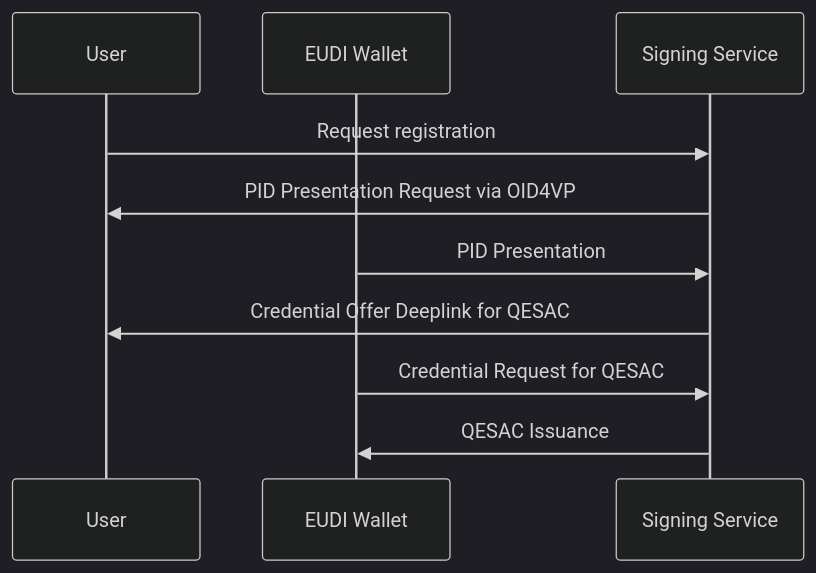
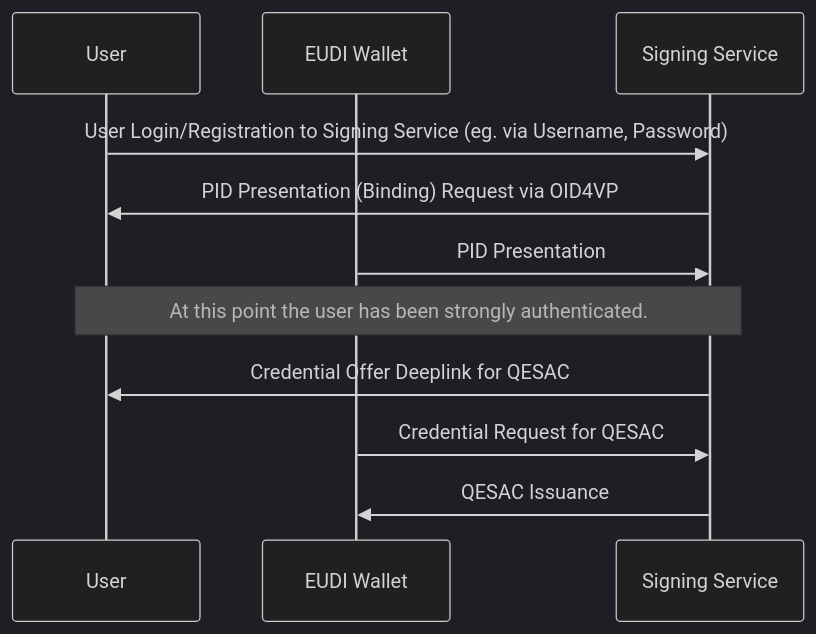
One commit to EWC-consortium/eudi-wallet-rfcs changed the second of 7 diagrams in ewc-rfc010-long-term-certifice-qes-creation.md. Above: the diagram before and after it, drawn with Mermaid (dark theme). The commit also changed other lines of this file, not shown here.

````diff
--- a/ewc-rfc010-long-term-certifice-qes-creation.md
+++ b/ewc-rfc010-long-term-certifice-qes-creation.md
@@ -130,14 +144,15 @@
 ```mermaid
    sequenceDiagram
   participant User
   participant EUDI Wallet
   participant Signing Service
 
-  User->>Signing Service: Request registration
-  Signing Service->>User: PID Presentation Request via OID4VP
+  User->>Signing Service: User Login/Registration to Signing Service (eg. via Username, Password)
+  Signing Service->>User: PID Presentation (Binding) Request via OID4VP
   EUDI Wallet->>Signing Service: PID Presentation
+  Note over User, Signing Service: At this point the user has been strongly authenticated.
   
   Signing Service->>User: Credential Offer Deeplink for QESAC
   EUDI Wallet->>Signing Service: Credential Request for QESAC
   Signing Service->>EUDI Wallet: QESAC Issuance
 ```
````
